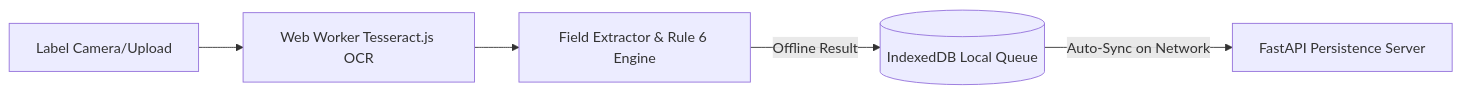
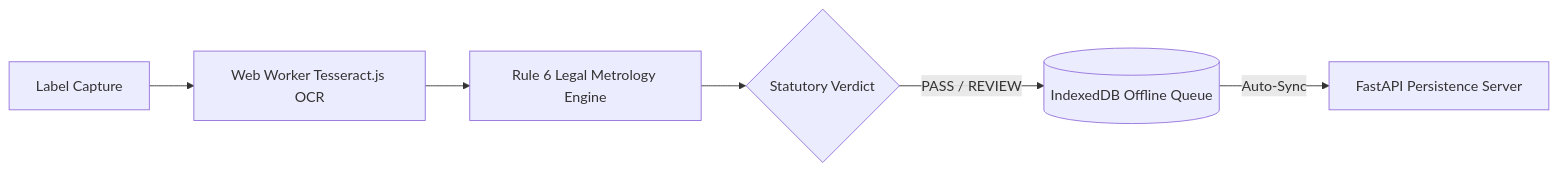
Before and after one commit to jisssz/jisssz: the second of 2 diagrams in README.md, drawn with Mermaid. The commit also changed other lines of this file and 3 other files, not shown here.

````diff
--- a/README.md
+++ b/README.md
@@ -48,7 +71,8 @@
 ```mermaid
 flowchart LR
-    Cam[Label Camera/Upload] --> Worker[Web Worker Tesseract.js OCR]
-    Worker --> Parser[Field Extractor & Rule 6 Engine]
-    Parser -->|Offline Result| LocalDB[(IndexedDB Local Queue)]
-    LocalDB -->|Auto-Sync on Network| API[FastAPI Persistence Server]
+    Camera[Label Capture] --> Worker[Web Worker Tesseract.js OCR]
+    Worker --> Engine[Rule 6 Legal Metrology Engine]
+    Engine --> Verdict{Statutory Verdict}
+    Verdict -->|PASS / REVIEW| LocalDB[(IndexedDB Offline Queue)]
+    LocalDB -->|Auto-Sync| API[FastAPI Persistence Server]
 ```
````
